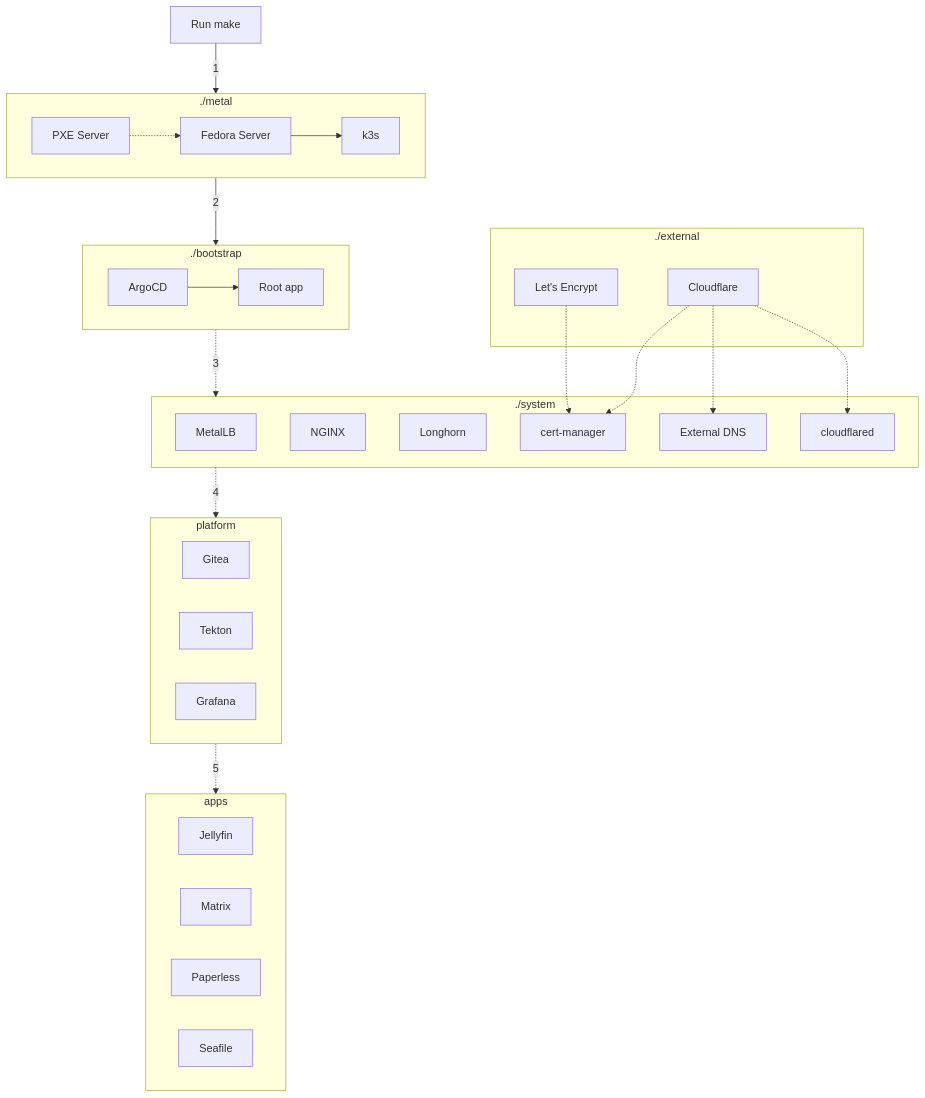
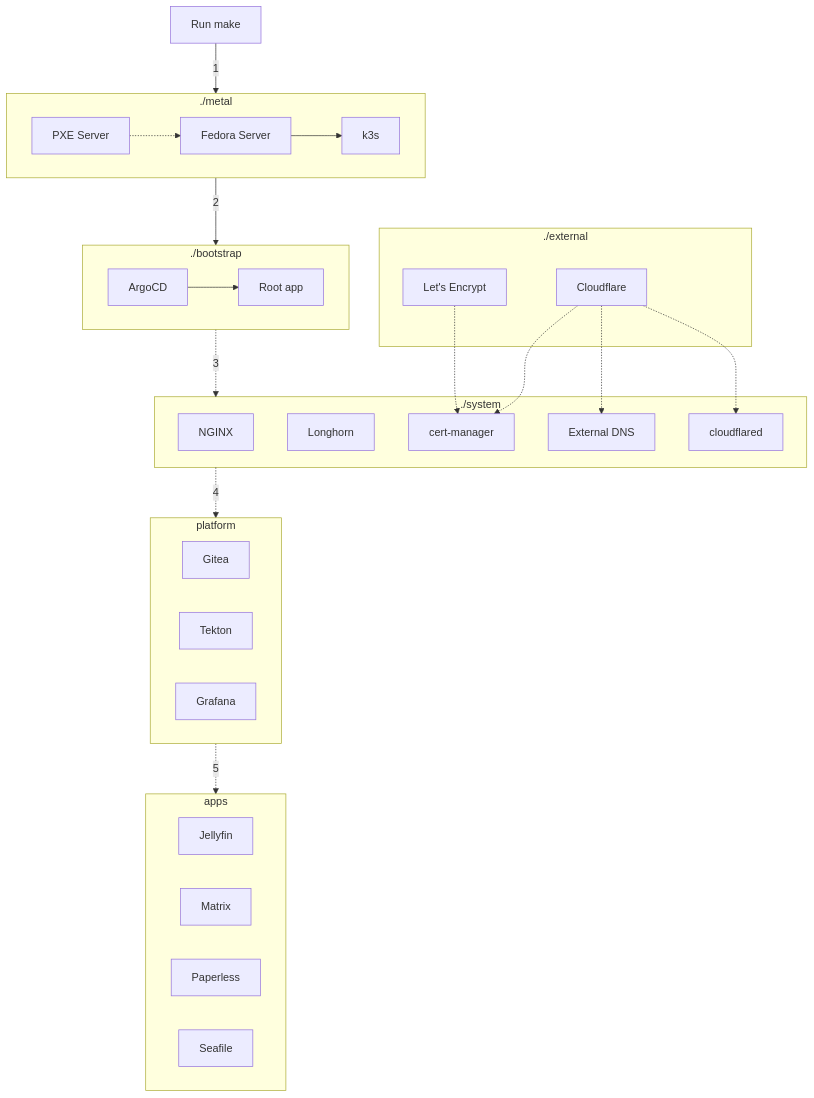
One commit to khuedoan/homelab changed the diagram in docs/reference/architecture/overview.md. Above: the diagram before and after it, drawn with Mermaid. The commit also changed other lines of this file and 6 other files, not shown here.

````diff
--- a/docs/reference/architecture/overview.md
+++ b/docs/reference/architecture/overview.md
@@ -54,44 +54,43 @@
 ```mermaid
 flowchart TD
   subgraph metal[./metal]
     pxe[PXE Server] -.-> linux[Fedora Server] --> k3s
   end
 
   subgraph bootstrap[./bootstrap]
     argocd[ArgoCD] --> rootapp[Root app]
   end
 
   subgraph system[./system]
-    metallb[MetalLB]
     nginx[NGINX]
     longhorn[Longhorn]
     cert-manager
     external-dns[External DNS]
     cloudflared
   end
 
   subgraph external[./external]
     letsencrypt[Let's Encrypt]
     cloudflare[Cloudflare]
   end
 
   letsencrypt -.-> cert-manager
   cloudflare -.-> cert-manager
   cloudflare -.-> external-dns
   cloudflare -.-> cloudflared
 
   subgraph platform
     Gitea
     Tekton
     Grafana
   end
 
   subgraph apps
     jellyfin[Jellyfin]
     matrix[Matrix]
     paperless[Paperless]
     seafile[Seafile]
   end
 
   make[Run make] -- 1 --> metal -- 2 --> bootstrap -. 3 .-> system -. 4 .-> platform -. 5 .-> apps
 ```
````
